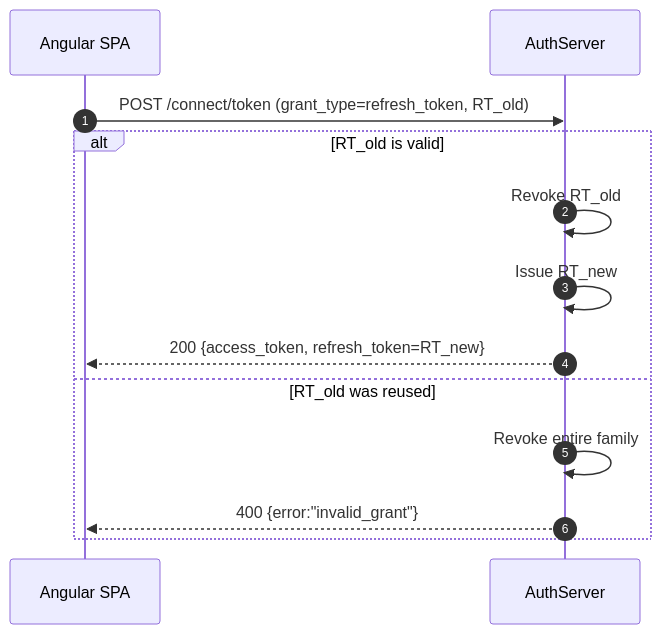
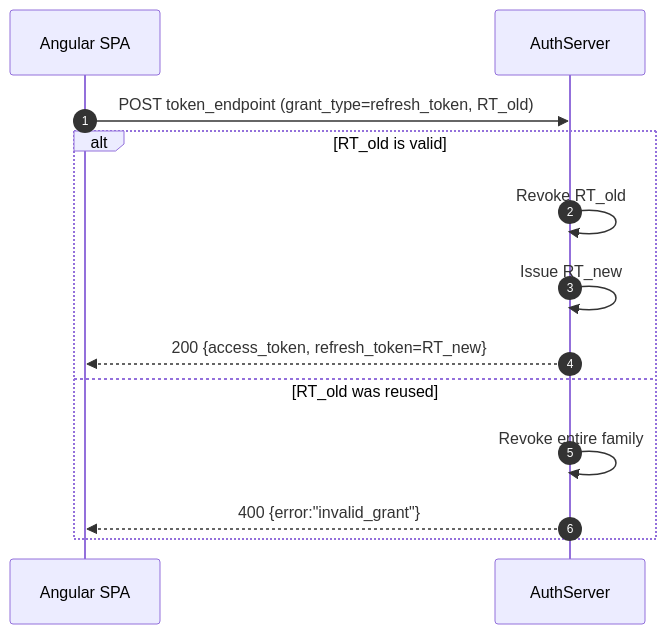
Before and after one commit to HariVenkataKrishnaKotha/oauth2-pkce-angular-client: the second of 3 diagrams in README.md, drawn with Mermaid. The commit also changed other lines of this file, not shown here.

````diff
--- a/README.md
+++ b/README.md
@@ -71,17 +79,17 @@
 ```mermaid
 sequenceDiagram
   autonumber
   participant SPA as Angular SPA
   participant AS as AuthServer
 
-  SPA->>AS: POST /connect/token (grant_type=refresh_token, RT_old)
+  SPA->>AS: POST token_endpoint (grant_type=refresh_token, RT_old)
 
   alt RT_old is valid
     AS->>AS: Revoke RT_old
     AS->>AS: Issue RT_new
     AS-->>SPA: 200 {access_token, refresh_token=RT_new}
   else RT_old was reused
     AS->>AS: Revoke entire family
     AS-->>SPA: 400 {error:"invalid_grant"}
   end
 ```
````
